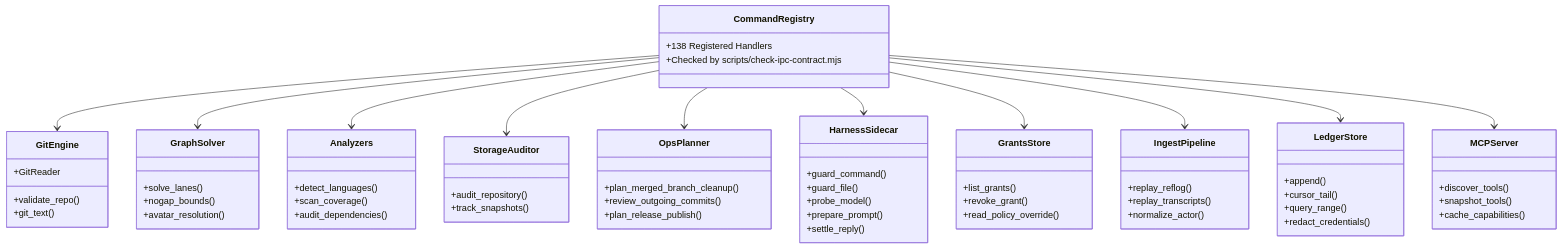
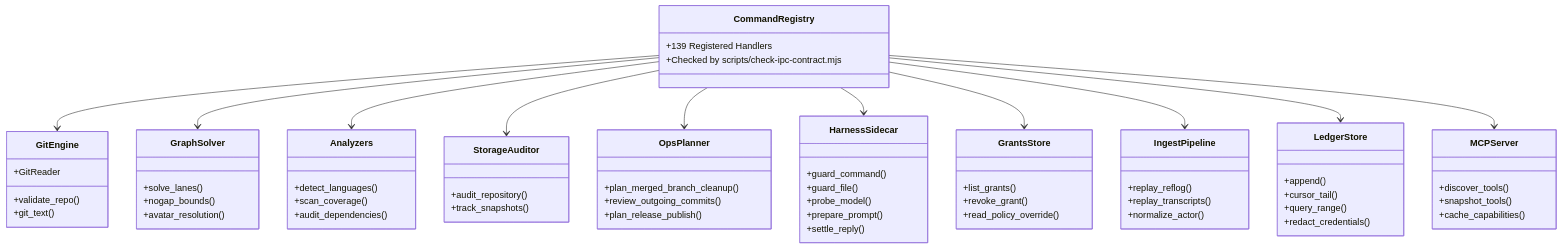
The third of 4 diagrams in docs/ARCHITECTURE.md (bharathvbcr/GitPulse), drawn with Mermaid before and after one commit. The commit also changed other lines of this file and 32 other files, not shown here.

````diff
--- a/docs/ARCHITECTURE.md
+++ b/docs/ARCHITECTURE.md
@@ -150,70 +150,70 @@
 ```mermaid
 classDiagram
     class CommandRegistry {
-        +138 Registered Handlers
+        +139 Registered Handlers
         +Checked by scripts/check-ipc-contract.mjs
     }
     class GitEngine {
         +validate_repo()
         +git_text()
         +GitReader
     }
     class GraphSolver {
         +solve_lanes()
         +nogap_bounds()
         +avatar_resolution()
     }
     class Analyzers {
         +detect_languages()
         +scan_coverage()
         +audit_dependencies()
     }
     class StorageAuditor {
         +audit_repository()
         +track_snapshots()
     }
     class GrantsStore {
         +list_grants()
         +revoke_grant()
         +read_policy_override()
     }
     class IngestPipeline {
         +replay_reflog()
         +replay_transcripts()
         +normalize_actor()
     }
     class LedgerStore {
         +append()
         +cursor_tail()
         +query_range()
         +redact_credentials()
     }
     class OpsPlanner {
         +plan_merged_branch_cleanup()
         +review_outgoing_commits()
         +plan_release_publish()
     }
     class MCPServer {
         +discover_tools()
         +snapshot_tools()
         +cache_capabilities()
     }
     class HarnessSidecar {
         +guard_command()
         +guard_file()
         +probe_model()
         +prepare_prompt()
         +settle_reply()
     }
 
     CommandRegistry --> GitEngine
     CommandRegistry --> GraphSolver
     CommandRegistry --> Analyzers
     CommandRegistry --> StorageAuditor
     CommandRegistry --> OpsPlanner
     CommandRegistry --> HarnessSidecar
     CommandRegistry --> GrantsStore
     CommandRegistry --> IngestPipeline
     CommandRegistry --> LedgerStore
     CommandRegistry --> MCPServer
 ```
````
